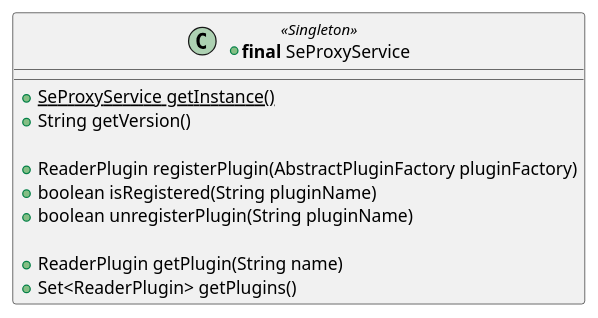
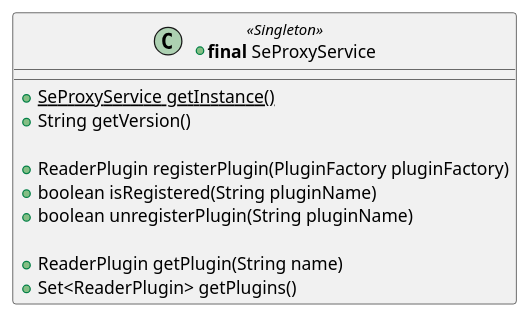
One commit to calypsonet/keyple changed the second of 47 diagrams in src/KeypleCoreApi/ApplicationApi/puml/KeypleCore-ApplicationApi-ClassDiag-SE_Proxy-ClassElements.iuml. Above: the diagram before and after it, drawn with PlantUML. The commit also changed other lines of this file and 27 other files, not shown here.

```diff
--- a/src/KeypleCoreApi/ApplicationApi/puml/KeypleCore-ApplicationApi-ClassDiag-SE_Proxy-ClassElements.iuml
+++ b/src/KeypleCoreApi/ApplicationApi/puml/KeypleCore-ApplicationApi-ClassDiag-SE_Proxy-ClassElements.iuml
@@ -28,13 +28,13 @@
 @startuml(id=SEPROXY_SERVICE_0_9)
 +class "<b>final</b> SeProxyService" as SeProxyService << Singleton >> {
   +{static}SeProxyService getInstance()
   +String getVersion()
 
-  +ReaderPlugin registerPlugin(AbstractPluginFactory pluginFactory)
+  +ReaderPlugin registerPlugin(PluginFactory pluginFactory)
   +boolean isRegistered(String pluginName)
   +boolean unregisterPlugin(String pluginName)
 
   +ReaderPlugin getPlugin(String name)
   +Set<ReaderPlugin> getPlugins()
 }
 @enduml
```
